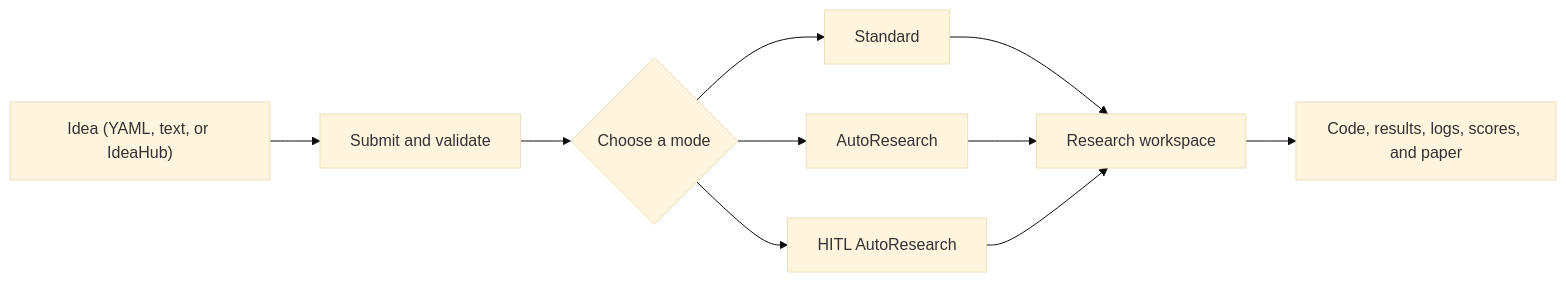
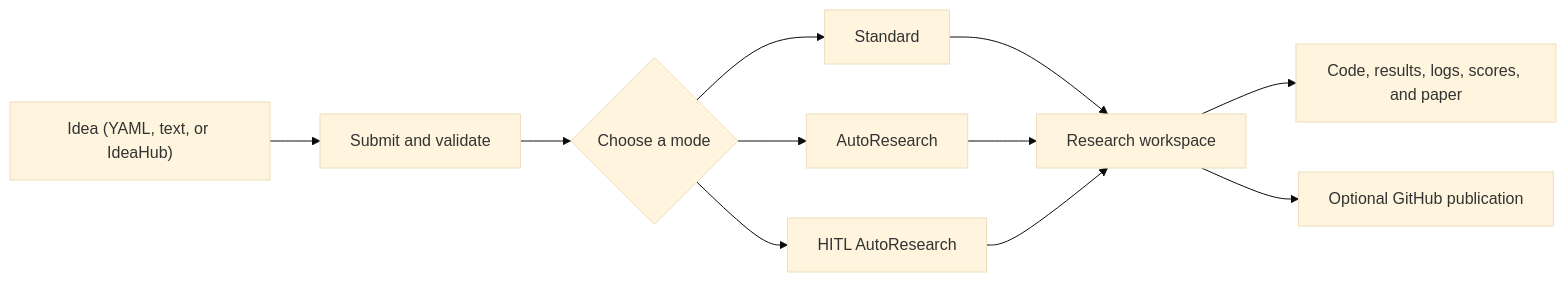
Before and after one commit to ChicagoHAI/NeuriCo: the diagram in README.md, drawn with Mermaid (base theme). The commit also changed other lines of this file, not shown here.

````diff
--- a/README.md
+++ b/README.md
@@ -404,12 +455,13 @@
 ```mermaid
 flowchart LR
     A["Idea (YAML, text, or IdeaHub)"] --> B["Submit and validate"]
     B --> C{"Choose a mode"}
     C --> D["Standard"]
     C --> E["AutoResearch"]
     C --> F["HITL AutoResearch"]
     D --> G["Research workspace"]
     E --> G
     F --> G
     G --> H["Code, results, logs, scores, and paper"]
+    G --> I["Optional GitHub publication"]
 ```
````
